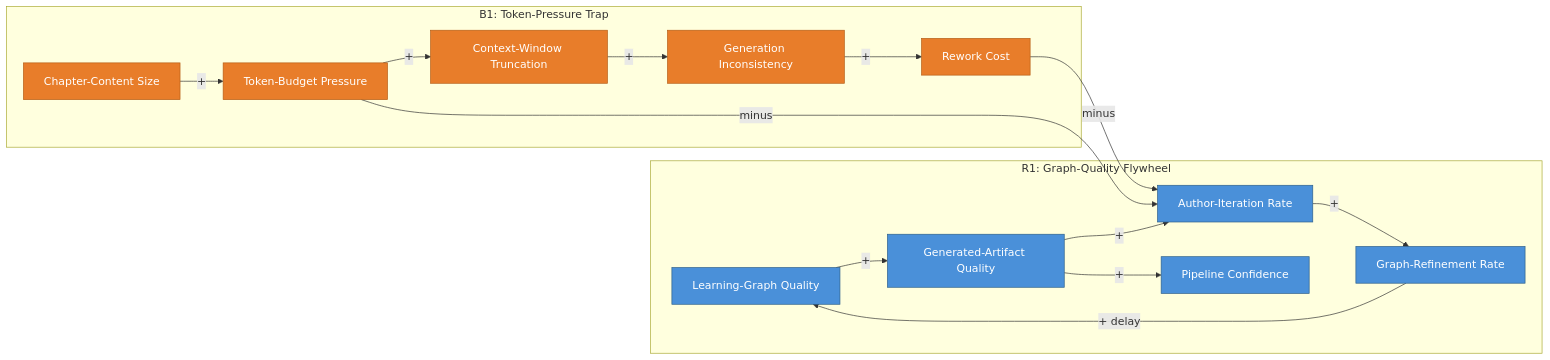
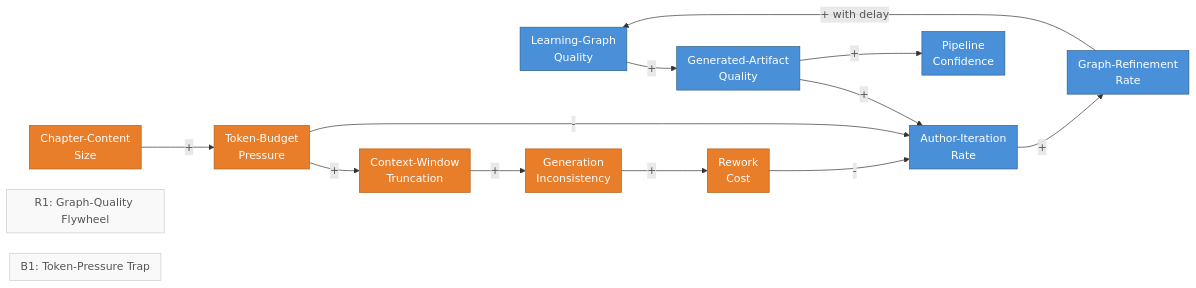
The diagram in docs/sims/authoring-pipeline-dynamics/index.md (dmccreary/learning-sciences), drawn with Mermaid before and after one commit. The commit also changed 4 other files, not shown here.

````diff
--- a/docs/sims/authoring-pipeline-dynamics/index.md
+++ b/docs/sims/authoring-pipeline-dynamics/index.md
@@ -20,23 +20,42 @@
 ```mermaid
-flowchart LR
-    subgraph R1 [R1: Graph-Quality Flywheel]
-        GQ[Learning-Graph Quality]:::r1 -->|+| AQ[Generated-Artifact Quality]:::r1
-        AQ -->|+| AIR[Author-Iteration Rate]:::r1
-        AIR -->|+| GRR[Graph-Refinement Rate]:::r1
-        GRR -->|+ delay| GQ
-        AQ -->|+| PC[Pipeline Confidence]:::r1
-    end
+---
+config:
+  themeVariables:
+    fontSize: 16px
+  flowchart:
+    nodeSpacing: 30
+    rankSpacing: 60
+    padding: 8
+---
+graph LR
+    GQ["Learning-Graph
+    Quality"]:::r1 -->|+| AQ["Generated-Artifact
+    Quality"]:::r1
+    AQ -->|+| AIR["Author-Iteration
+    Rate"]:::r1
+    AIR -->|+| GRR["Graph-Refinement
+    Rate"]:::r1
+    GRR -->|"+ with delay"| GQ
+    AQ -->|+| PC["Pipeline
+    Confidence"]:::r1
 
-    subgraph B1 [B1: Token-Pressure Trap]
-        CCS[Chapter-Content Size]:::b1 -->|+| TBP[Token-Budget Pressure]:::b1
-        TBP -->|+| CWT[Context-Window Truncation]:::b1
-        CWT -->|+| GI[Generation Inconsistency]:::b1
-        GI -->|+| RC[Rework Cost]:::b1
-    end
+    CCS["Chapter-Content
+    Size"]:::b1 -->|+| TBP["Token-Budget
+    Pressure"]:::b1
+    TBP -->|+| CWT["Context-Window
+    Truncation"]:::b1
+    CWT -->|+| GI["Generation
+    Inconsistency"]:::b1
+    GI -->|+| RC["Rework
+    Cost"]:::b1
 
-    RC -->|minus| AIR
-    TBP -->|minus| AIR
+    RC -->|"-"| AIR
+    TBP -->|"-"| AIR
+
+    R1n["R1: Graph-Quality Flywheel"]:::label
+    B1n["B1: Token-Pressure Trap"]:::label
 
     classDef r1 fill:#4A90D9,stroke:#2C5F8A,color:#fff
     classDef b1 fill:#E87D2A,stroke:#B55D15,color:#fff
+    classDef label fill:#f9f9f9,stroke:#ccc,color:#555
 ```
````
